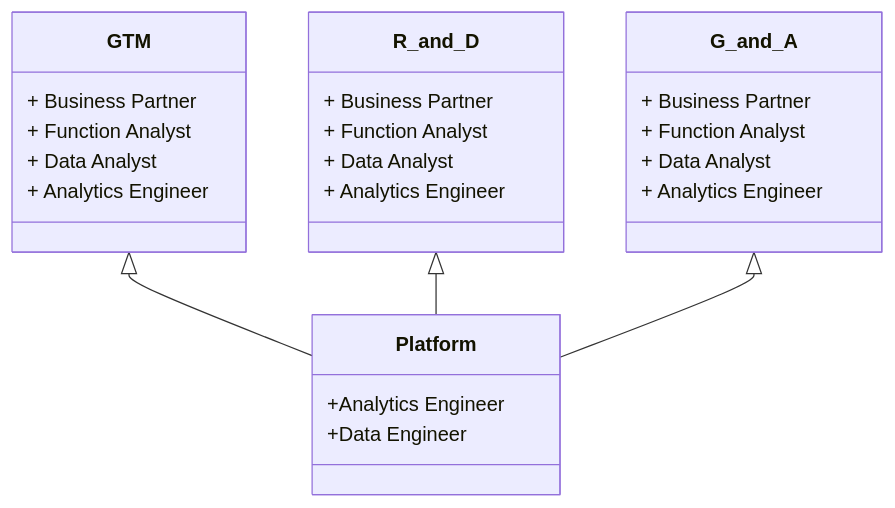
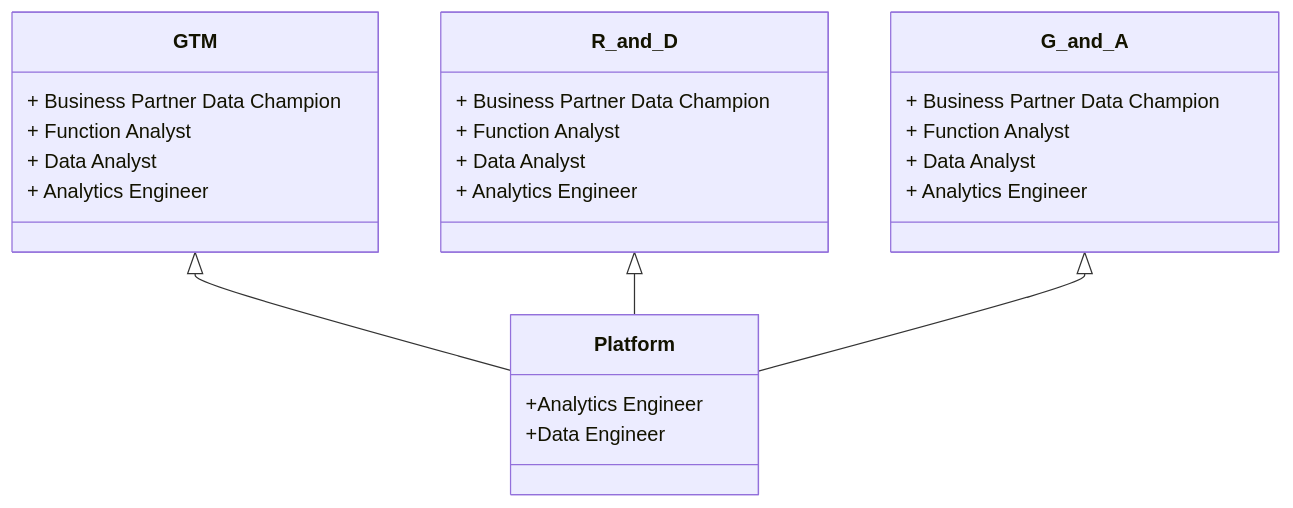
One commit to secretstartups/handbook changed the first of 6 diagrams in business-technology/data-team/organization/index.html.md. Above: the diagram before and after it, drawn with Mermaid. The commit also changed other lines of this file, not shown here.

````diff
--- a/business-technology/data-team/organization/index.html.md
+++ b/business-technology/data-team/organization/index.html.md
@@ -30,20 +30,20 @@
 ```mermaid
 classDiagram
    GTM <|-- Platform
-        GTM : + Business Partner
+        GTM : + Business Partner Data Champion
         GTM : + Function Analyst
         GTM : + Data Analyst
         GTM : + Analytics Engineer
     R_and_D <|-- Platform
-        R_and_D : + Business Partner
+        R_and_D : + Business Partner Data Champion
         R_and_D : + Function Analyst
         R_and_D : + Data Analyst
         R_and_D : + Analytics Engineer
     G_and_A <|-- Platform
-        G_and_A : + Business Partner
+        G_and_A : + Business Partner Data Champion
         G_and_A : + Function Analyst
         G_and_A : + Data Analyst
         G_and_A : + Analytics Engineer
     Platform : +Analytics Engineer
     Platform : +Data Engineer
   ```
````
